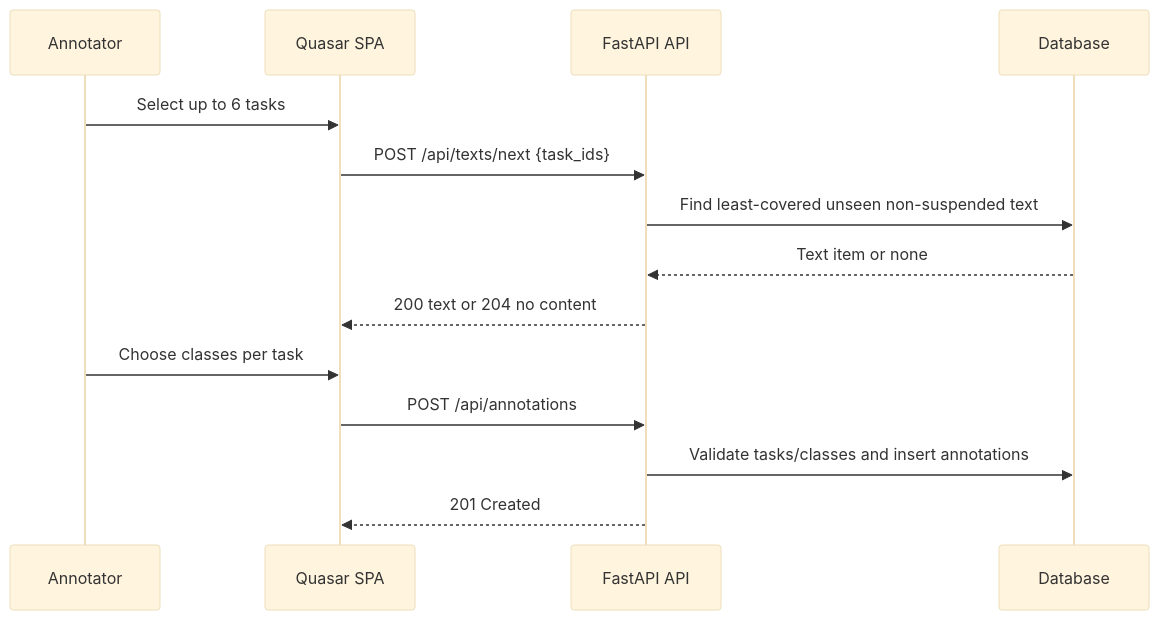
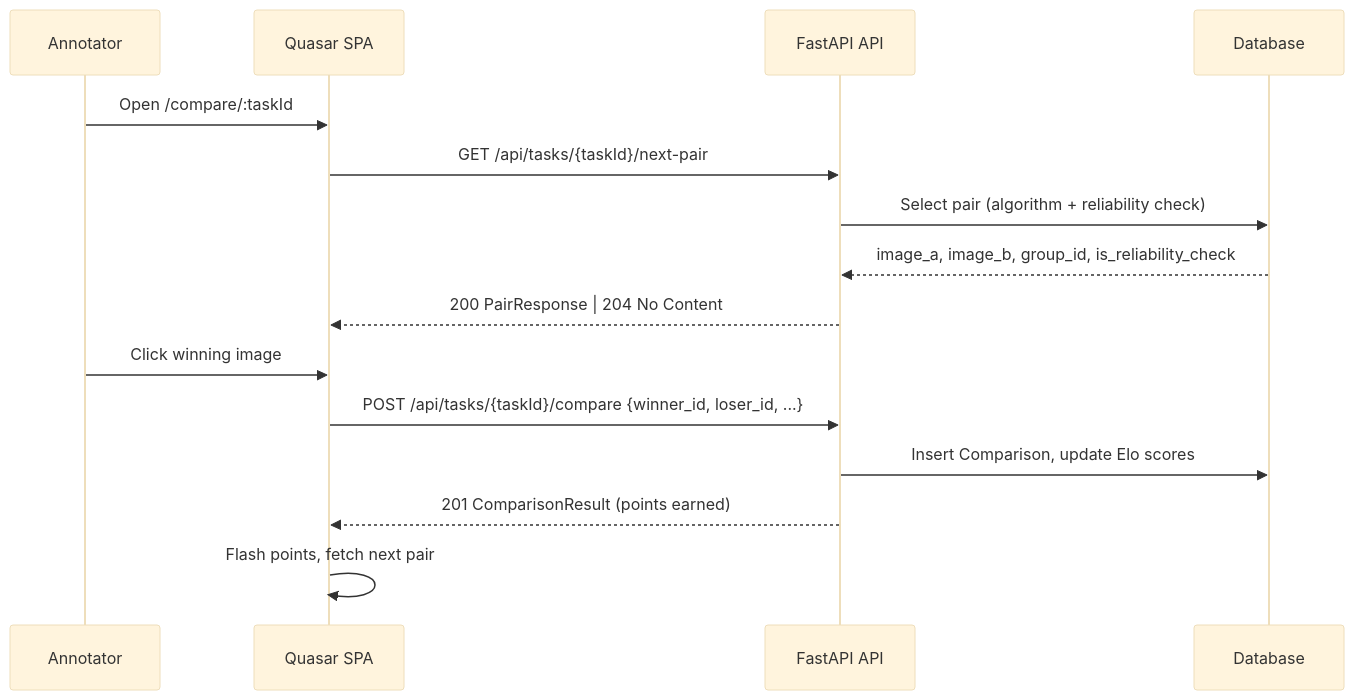
The second of 4 diagrams in docs/architecture.md (DCGM/image_quality_app), drawn with Mermaid (base theme) before and after one commit. The commit also changed other lines of this file and 77 other files, not shown here.

````diff
--- a/docs/architecture.md
+++ b/docs/architecture.md
@@ -35,17 +37,18 @@
 ```mermaid
 sequenceDiagram
     participant U as Annotator
     participant SPA as Quasar SPA
     participant API as FastAPI API
     participant DB as Database
 
-    U->>SPA: Select up to 6 tasks
-    SPA->>API: POST /api/texts/next {task_ids}
-    API->>DB: Find least-covered unseen non-suspended text
-    DB-->>API: Text item or none
-    API-->>SPA: 200 text or 204 no content
-    U->>SPA: Choose classes per task
-    SPA->>API: POST /api/annotations
-    API->>DB: Validate tasks/classes and insert annotations
-    API-->>SPA: 201 Created
+    U->>SPA: Open /compare/:taskId
+    SPA->>API: GET /api/tasks/{taskId}/next-pair
+    API->>DB: Select pair (algorithm + reliability check)
+    DB-->>API: image_a, image_b, group_id, is_reliability_check
+    API-->>SPA: 200 PairResponse | 204 No Content
+    U->>SPA: Click winning image
+    SPA->>API: POST /api/tasks/{taskId}/compare {winner_id, loser_id, ...}
+    API->>DB: Insert Comparison, update Elo scores
+    API-->>SPA: 201 ComparisonResult (points earned)
+    SPA->>SPA: Flash points, fetch next pair
 ```
````
